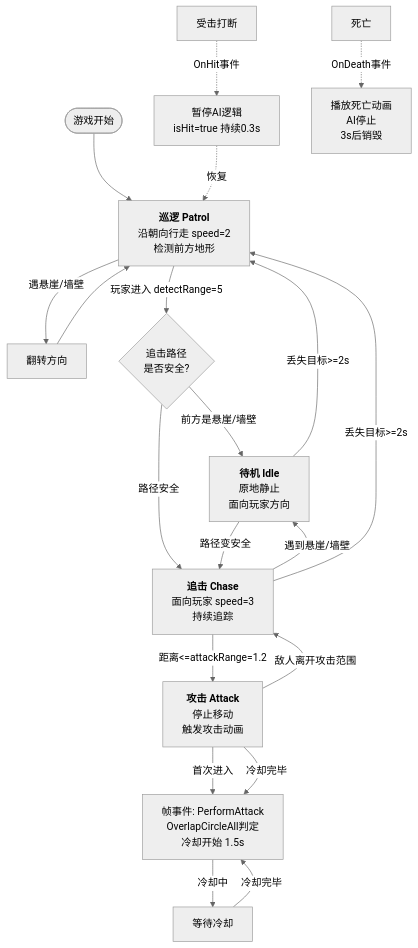
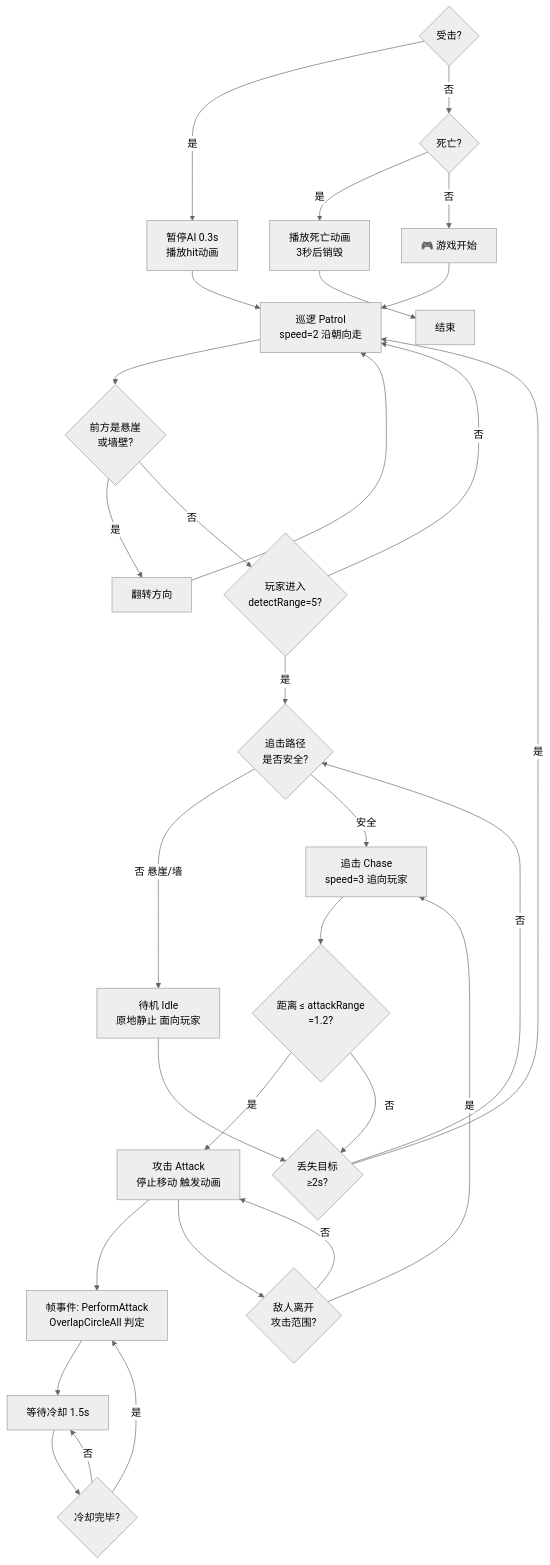
Before and after one commit to ZIDONGCHEN-1/PixelMage: the first of 5 diagrams in 行为逻辑流程图.md, drawn with Mermaid (neutral theme). The commit also changed other lines of this file, not shown here.

First line of the commit message:
重构行为逻辑流程图为纵向框框风格

````diff
--- a/行为逻辑流程图.md
+++ b/行为逻辑流程图.md
@@ -5,33 +5,53 @@
 ```mermaid
 flowchart TD
-    Start([游戏开始]) --> Patrol
+    A["🎮 游戏开始"]
+    B["巡逻 Patrol<br/>speed=2 沿朝向走"]
+    C{"前方是悬崖<br/>或墙壁?"}
+    D["翻转方向"]
+    E{"玩家进入<br/>detectRange=5?"}
+    F{"追击路径<br/>是否安全?"}
+    G["待机 Idle<br/>原地静止 面向玩家"]
+    H["追击 Chase<br/>speed=3 追向玩家"]
+    I{"距离 &le; attackRange<br/>=1.2?"}
+    J{"丢失目标<br/>&ge;2s?"}
+    K["攻击 Attack<br/>停止移动 触发动画"]
+    L["帧事件: PerformAttack<br/>OverlapCircleAll 判定"]
+    M["等待冷却 1.5s"]
+    N{"冷却完毕?"}
+    O{"敌人离开<br/>攻击范围?"}
+    P{"受击?"}
+    Q["暂停AI 0.3s<br/>播放hit动画"]
+    R{"死亡?"}
+    S["播放死亡动画<br/>3秒后销毁"]
+    T["结束"]
 
-    Patrol[<b>巡逻 Patrol</b><br/>沿朝向行走 speed=2<br/>检测前方地形]
-    Patrol -->|遇悬崖/墙壁| Flip[翻转方向]
-    Flip --> Patrol
-    Patrol -->|玩家进入 detectRange=5| CheckChase{追击路径<br/>是否安全?}
-
-    CheckChase -->|前方是悬崖/墙壁| Idle
-    CheckChase -->|路径安全| Chase
-
-    Idle[<b>待机 Idle</b><br/>原地静止<br/>面向玩家方向]
-    Idle -->|丢失目标>=2s| Patrol
-    Idle -->|路径变安全| Chase
-
-    Chase[<b>追击 Chase</b><br/>面向玩家 speed=3<br/>持续追踪]
-    Chase -->|距离<=attackRange=1.2| Attack
-    Chase -->|遇到悬崖/墙壁| Idle
-    Chase -->|丢失目标>=2s| Patrol
-
-    Attack[<b>攻击 Attack</b><br/>停止移动<br/>触发攻击动画]
-    Attack -->|首次进入| AttackExec[帧事件: PerformAttack<br/>OverlapCircleAll判定<br/>冷却开始 1.5s]
-    Attack -->|冷却完毕| AttackExec
-    AttackExec -->|冷却中| WaitCooldown[等待冷却]
-    WaitCooldown -->|冷却完毕| AttackExec
-    Attack -->|敌人离开攻击范围| Chase
-
-    Hit[受击打断] -.->|OnHit事件| PauseAI[暂停AI逻辑<br/>isHit=true 持续0.3s]
-    PauseAI -.->|恢复| Patrol
-
-    Death[死亡] -.->|OnDeath事件| DeadState[播放死亡动画<br/>AI停止<br/>3s后销毁]
+    A --> B
+    B --> C
+    C -->|是| D
+    D --> B
+    C -->|否| E
+    E -->|否| B
+    E -->|是| F
+    F -->|否 悬崖/墙| G
+    F -->|安全| H
+    G --> J
+    J -->|是| B
+    J -->|否| F
+    H --> I
+    I -->|是| K
+    I -->|否| J
+    K --> L
+    L --> M
+    M --> N
+    N -->|是| L
+    N -->|否| M
+    K --> O
+    O -->|是| H
+    O -->|否| K
+    P -->|是| Q
+    Q --> B
+    P -->|否| R
+    R -->|是| S
+    S --> T
+    R -->|否| A
 ```
````
